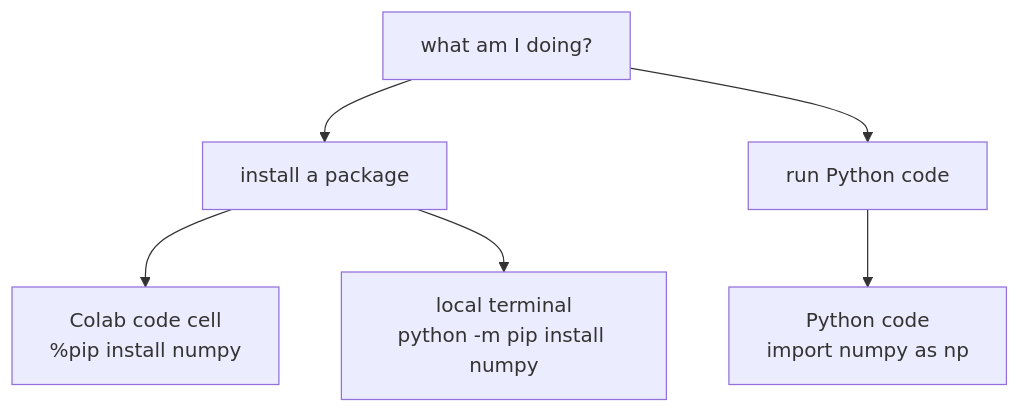
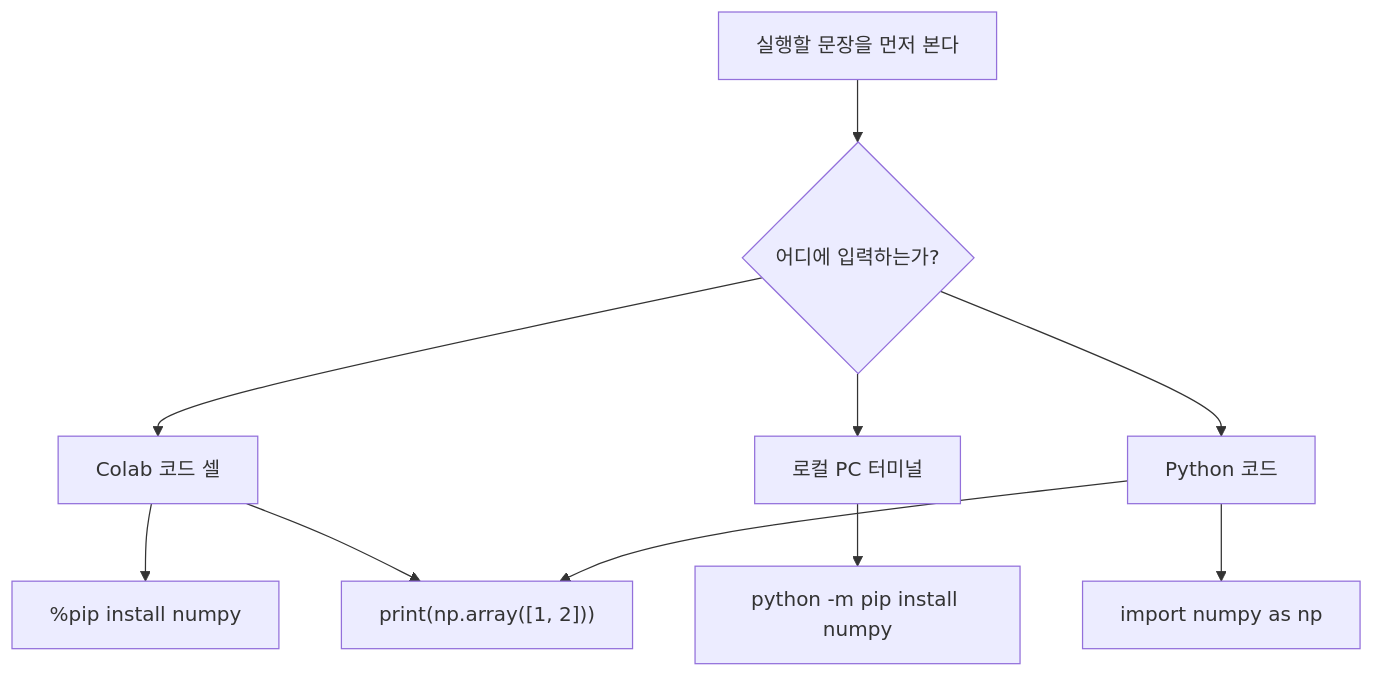
The diagram in docs/parts/part-02/chapter-03/section-05.md (devchan64/AiBook), drawn with Mermaid before and after one commit. The commit also changed other lines of this file and 29 other files, not shown here.

Commit message:
docs: localize part 2 diagrams and locale asset links

````diff
--- a/docs/parts/part-02/chapter-03/section-05.md
+++ b/docs/parts/part-02/chapter-03/section-05.md
@@ -153,15 +153,22 @@
 ```mermaid
 flowchart TD
-    ask["what am I doing?"]
-    install["install a package"]
-    run["run Python code"]
-    colab["Colab code cell<br/>%pip install numpy"]
-    local["local terminal<br/>python -m pip install numpy"]
-    py["Python code<br/>import numpy as np"]
+  A["실행할 문장을 먼저 본다"]
+  B{"어디에 입력하는가?"}
+  C["Colab 코드 셀"]
+  D["로컬 PC 터미널"]
+  E["Python 코드"]
+  F["%pip install numpy"]
+  G["python -m pip install numpy"]
+  H["import numpy as np"]
+  I["print(np.array([1, 2]))"]
 
-    ask --> install
-    ask --> run
-    install --> colab
-    install --> local
-    run --> py
+  A --> B
+  B --> C
+  B --> D
+  B --> E
+  C --> F
+  C --> I
+  D --> G
+  E --> H
+  E --> I
 ```
````
